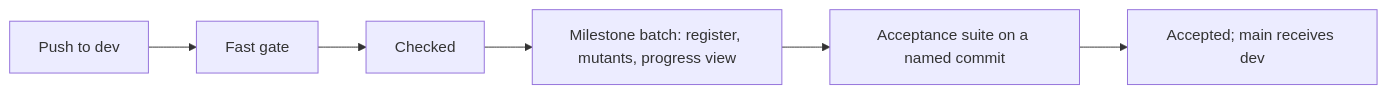
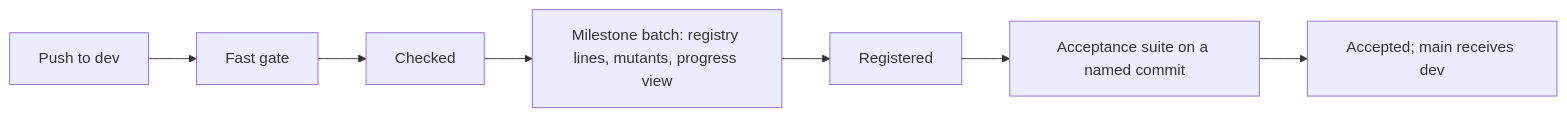
One commit to cla7aye15I4nd/oss-proof changed the diagram in docs/checking/README.md. Above: the diagram before and after it, drawn with Mermaid. The commit also changed other lines of this file and 1 other file, not shown here.

````diff
--- a/docs/checking/README.md
+++ b/docs/checking/README.md
@@ -19,8 +28,9 @@
 ```mermaid
 flowchart LR
     P["Push to dev"] --> G["Fast gate"]
     G --> C["Checked"]
-    C --> M["Milestone batch: register, mutants, progress view"]
-    M --> A["Acceptance suite on a named commit"]
-    A --> R["Accepted; main receives dev"]
+    C --> M["Milestone batch: registry lines, mutants, progress view"]
+    M --> R["Registered"]
+    R --> A["Acceptance suite on a named commit"]
+    A --> F["Accepted; main receives dev"]
 ```
````
